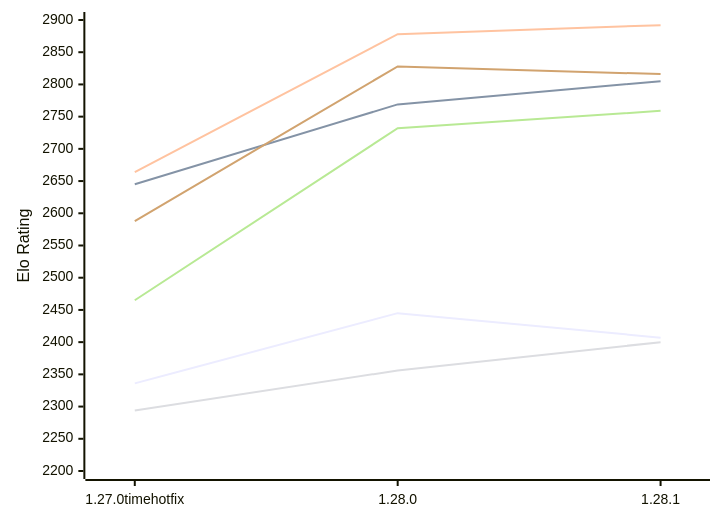
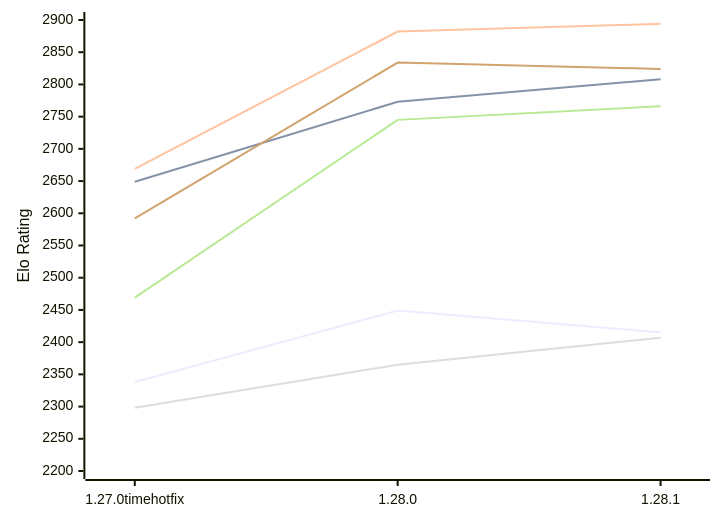
Before and after one commit to computer-chess-index/cci: the first of 2 diagrams in engines/Aurora.md, drawn with Mermaid. The commit also changed other lines of this file, not shown here.

Commit message:
Update CCI Ratings (ELO VLTC) - 2026-11-20

````diff
--- a/engines/Aurora.md
+++ b/engines/Aurora.md
@@ -52,12 +52,12 @@
 ```mermaid
 %%{init: {"theme":"base","themeVariables":{"seriesColors:['#a3a3a3','#222221','#faa371']}}}%%
 xychart-beta
   x-axis ["1.27.0timehotfix", "1.28.0", "1.28.1"]
   y-axis "Elo Rating" 2200 --> 2900
-  line "E1: STC (8.0+0.08s)" [2336, 2445, 2407]
-  line "E1: LTC (60.0+0.60s)" [2645, 2769, 2805]
-  line "E1: VLTC (2m24s+1.12s)" [2664, 2878, 2892]
-  line "P1: STC (8.0+0.08s)" [2294, 2356, 2400]
-  line "P1: LTC (60.0+0.60s)" [2465, 2732, 2759]
-  line "P1: VLTC (2m24s+1.12s)" [2588, 2828, 2816]
+  line "E1: STC (8.0+0.08s)" [2338, 2449, 2415]
+  line "E1: LTC (60.0+0.60s)" [2649, 2773, 2808]
+  line "E1: VLTC (2m24s+1.12s)" [2669, 2882, 2894]
+  line "P1: STC (8.0+0.08s)" [2298, 2365, 2407]
+  line "P1: LTC (60.0+0.60s)" [2469, 2745, 2766]
+  line "P1: VLTC (2m24s+1.12s)" [2592, 2834, 2824]
 ```
````
